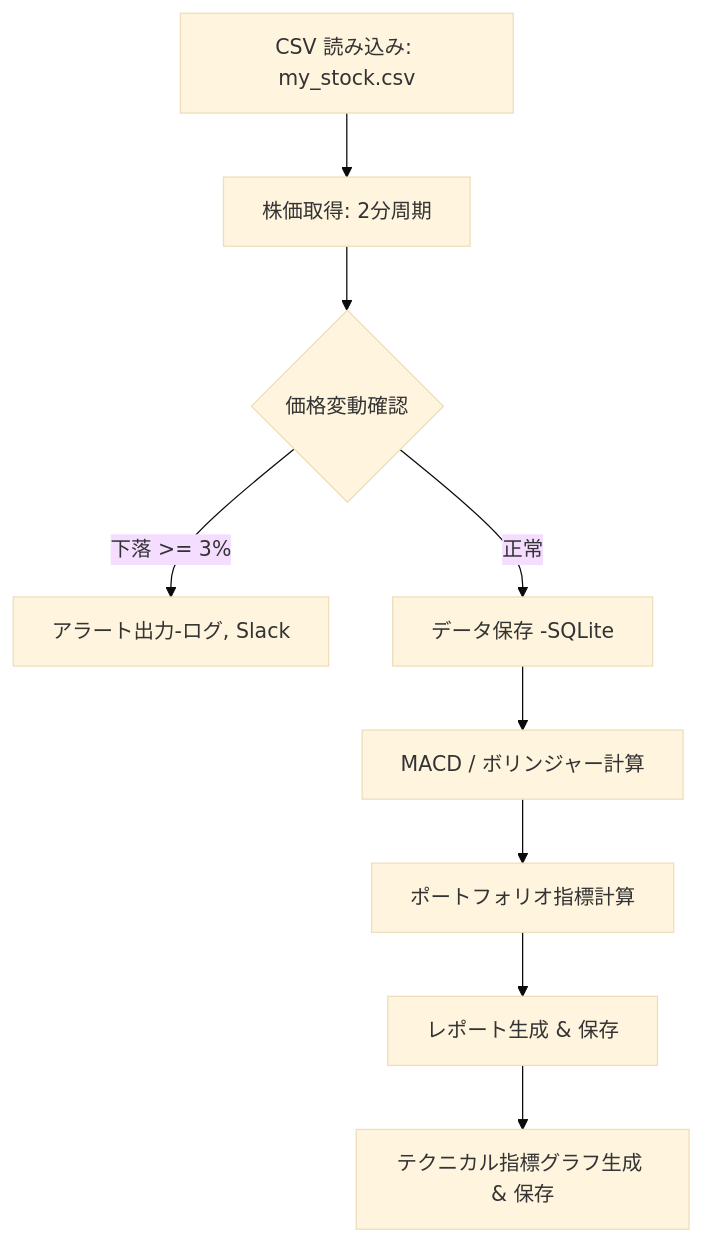
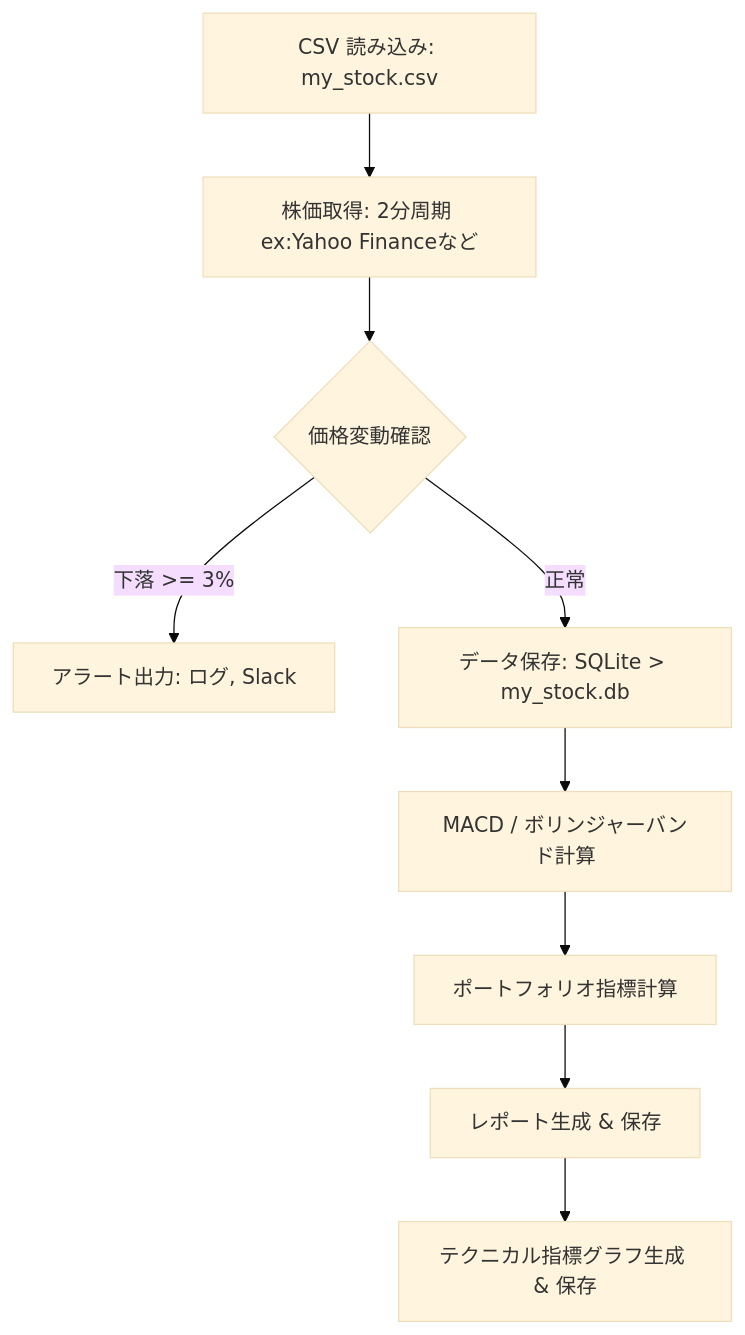
Before and after one commit to NK28116/stockManegement: the first of 2 diagrams in README.md, drawn with Mermaid (base theme). The commit also changed other lines of this file and 108 other files, not shown here.

````diff
--- a/README.md
+++ b/README.md
@@ -193,11 +700,11 @@
 ```mermaid
 flowchart TD
-    A[CSV 読み込み: my_stock.csv] --> B[株価取得: 2分周期]
+    A[CSV 読み込み: my_stock.csv] --> B[株価取得: 2分周期 ex:Yahoo Financeなど]
     B --> C{価格変動確認}
-    C -->|下落 >= 3%| D[アラート出力-ログ, Slack ]
-    C -->|正常| E[データ保存 -SQLite]
-    E --> F[MACD / ボリンジャー計算]
+    C -->|下落 >= 3%| D[アラート出力: ログ, Slack]
+    C -->|正常| E[データ保存: SQLite > my_stock.db]
+    E --> F[MACD / ボリンジャーバンド計算]
     F --> G[ポートフォリオ指標計算]
     G --> H[レポート生成 & 保存]
     H --> I[テクニカル指標グラフ生成 & 保存]
 ```
````
